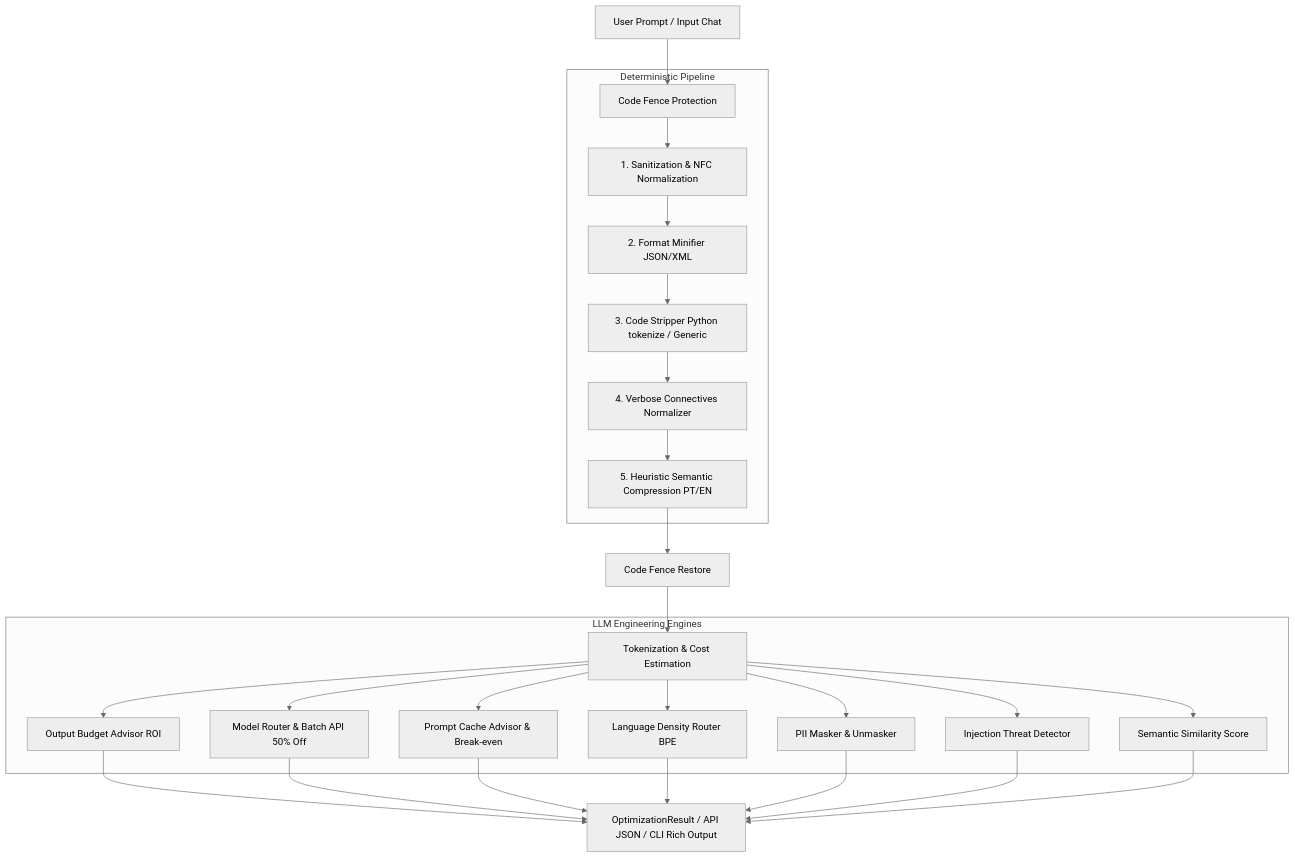
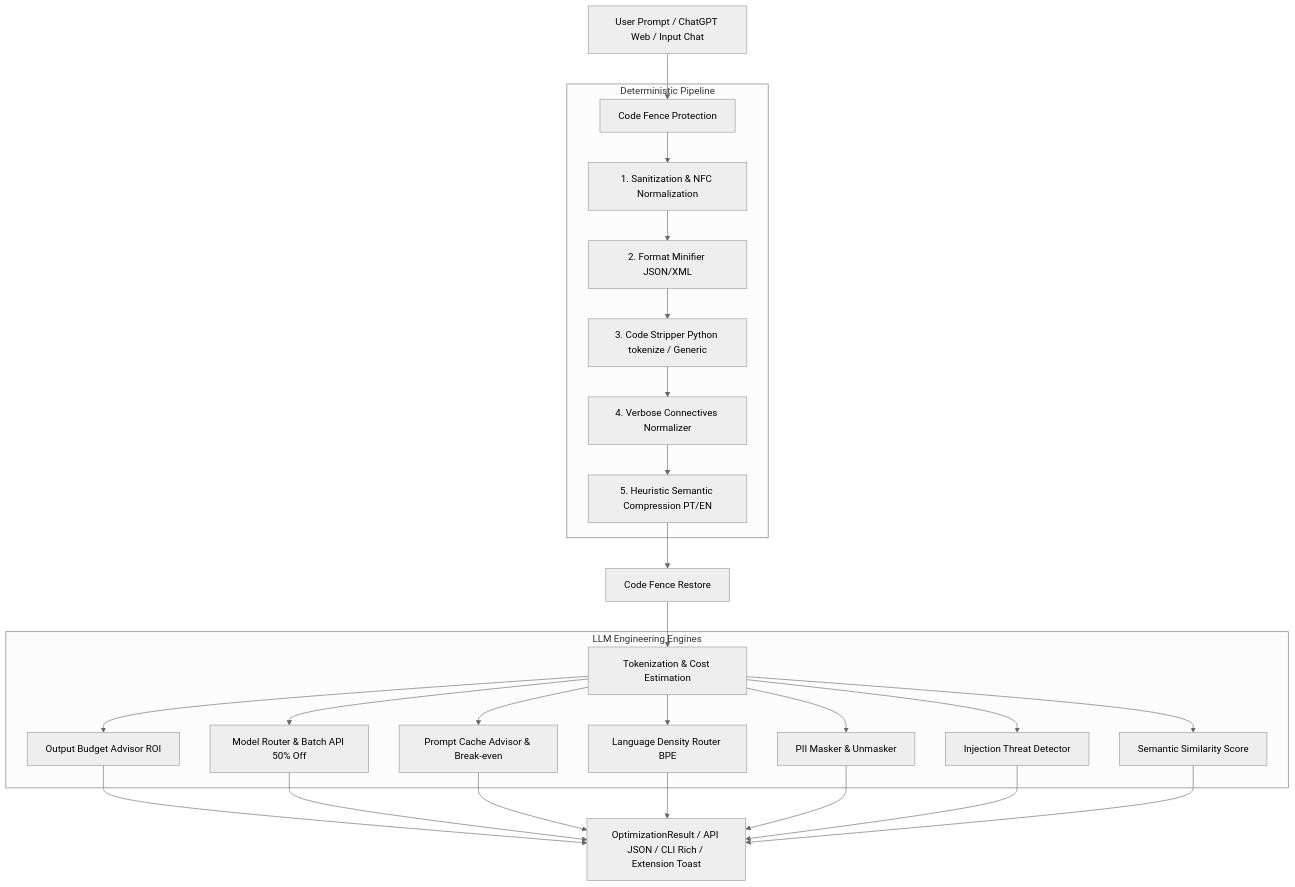
The diagram in README_EN.md (HeloisaPeGarcia/PromptShrink), drawn with Mermaid (neutral theme) before and after one commit. The commit also changed other lines of this file and 8 other files, not shown here.

Commit message:
feat: add browser extension to integrate prompt optimization directly into AI web interfaces

````diff
--- a/README_EN.md
+++ b/README_EN.md
@@ -24,27 +41,27 @@
 ```mermaid
 flowchart TD
-    A[User Prompt / Input Chat] --> B[Code Fence Protection]
+    A[User Prompt / ChatGPT Web / Input Chat] --> B[Code Fence Protection]
     
     subgraph Deterministic Pipeline
         B --> C[1. Sanitization & NFC Normalization]
         C --> D[2. Format Minifier JSON/XML]
         D --> E[3. Code Stripper Python tokenize / Generic]
         E --> F[4. Verbose Connectives Normalizer]
         F --> G[5. Heuristic Semantic Compression PT/EN]
     end
     
     G --> H[Code Fence Restore]
     H --> I[Tokenization & Cost Estimation]
     
     subgraph LLM Engineering Engines
         I --> J1[Output Budget Advisor ROI]
         I --> J2[Model Router & Batch API 50% Off]
         I --> J3[Prompt Cache Advisor & Break-even]
         I --> J4[Language Density Router BPE]
         I --> J5[PII Masker & Unmasker]
         I --> J6[Injection Threat Detector]
         I --> J7[Semantic Similarity Score]
     end
 
-    J1 & J2 & J3 & J4 & J5 & J6 & J7 --> K[OptimizationResult / API JSON / CLI Rich Output]
+    J1 & J2 & J3 & J4 & J5 & J6 & J7 --> K[OptimizationResult / API JSON / CLI Rich / Extension Toast]
 ```
````
